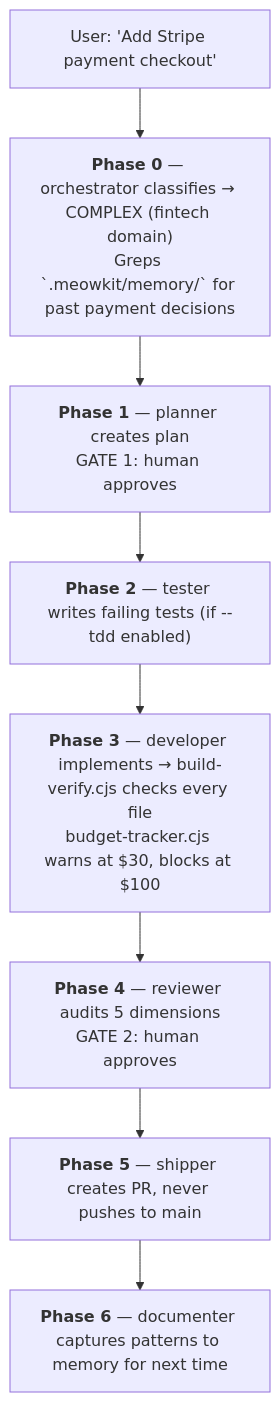
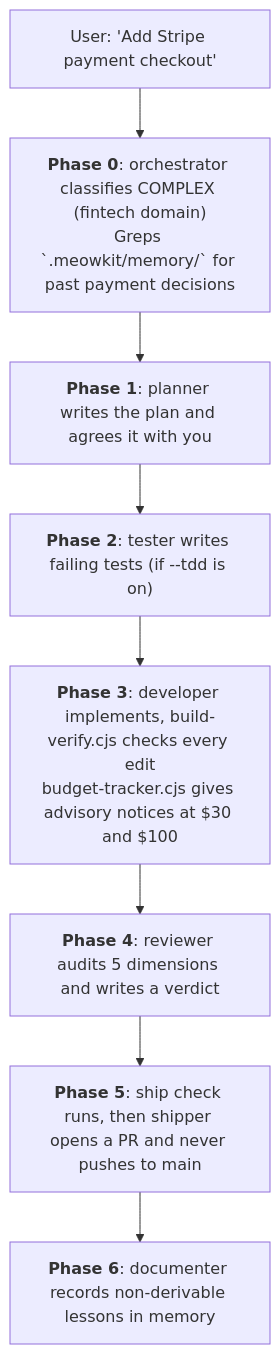
The diagram in packages/docs/content/docs/core-concepts/how-it-works.mdx (ngocsangyem/MeowKit), drawn with Mermaid before and after one commit. The commit also changed other lines of this file and 269 other files, not shown here.

````diff
--- a/packages/docs/content/docs/core-concepts/how-it-works.mdx
+++ b/packages/docs/content/docs/core-concepts/how-it-works.mdx
@@ -128,13 +116,13 @@
 ```mermaid
 flowchart TD
     U["User: 'Add Stripe payment checkout'"]
-    P0["<b>Phase 0</b> — orchestrator classifies → COMPLEX (fintech domain)<br/>Greps `.meowkit/memory/` for past payment decisions"]
-    P1["<b>Phase 1</b> — planner creates plan<br/>GATE 1: human approves"]
-    P2["<b>Phase 2</b> — tester writes failing tests (if --tdd enabled)"]
-    P3["<b>Phase 3</b> — developer implements → build-verify.cjs checks every file<br/>budget-tracker.cjs warns at $30, blocks at $100"]
-    P4["<b>Phase 4</b> — reviewer audits 5 dimensions<br/>GATE 2: human approves"]
-    P5["<b>Phase 5</b> — shipper creates PR, never pushes to main"]
-    P6["<b>Phase 6</b> — documenter captures patterns to memory for next time"]
+    P0["<b>Phase 0</b>: orchestrator classifies COMPLEX (fintech domain)<br/>Greps `.meowkit/memory/` for past payment decisions"]
+    P1["<b>Phase 1</b>: planner writes the plan and agrees it with you"]
+    P2["<b>Phase 2</b>: tester writes failing tests (if --tdd is on)"]
+    P3["<b>Phase 3</b>: developer implements, build-verify.cjs checks every edit<br/>budget-tracker.cjs gives advisory notices at $30 and $100"]
+    P4["<b>Phase 4</b>: reviewer audits 5 dimensions and writes a verdict"]
+    P5["<b>Phase 5</b>: ship check runs, then shipper opens a PR and never pushes to main"]
+    P6["<b>Phase 6</b>: documenter records non-derivable lessons in memory"]
 
     U --> P0 --> P1 --> P2 --> P3 --> P4 --> P5 --> P6
 ```
````
